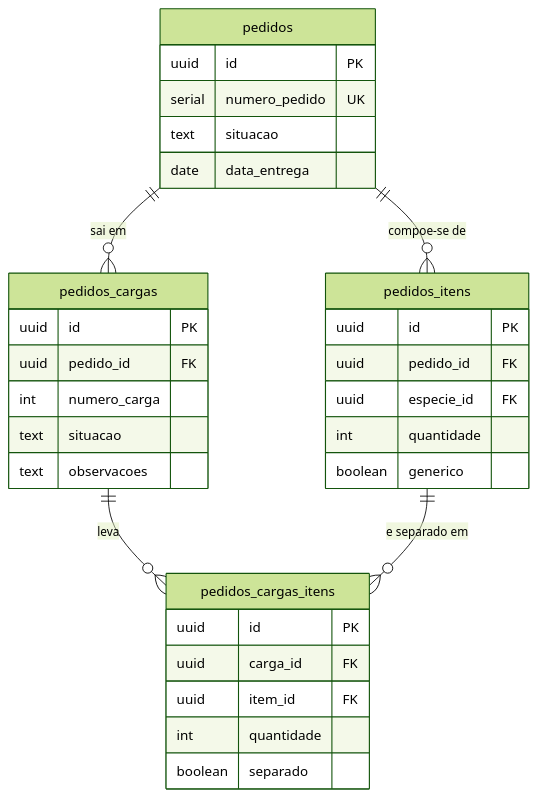
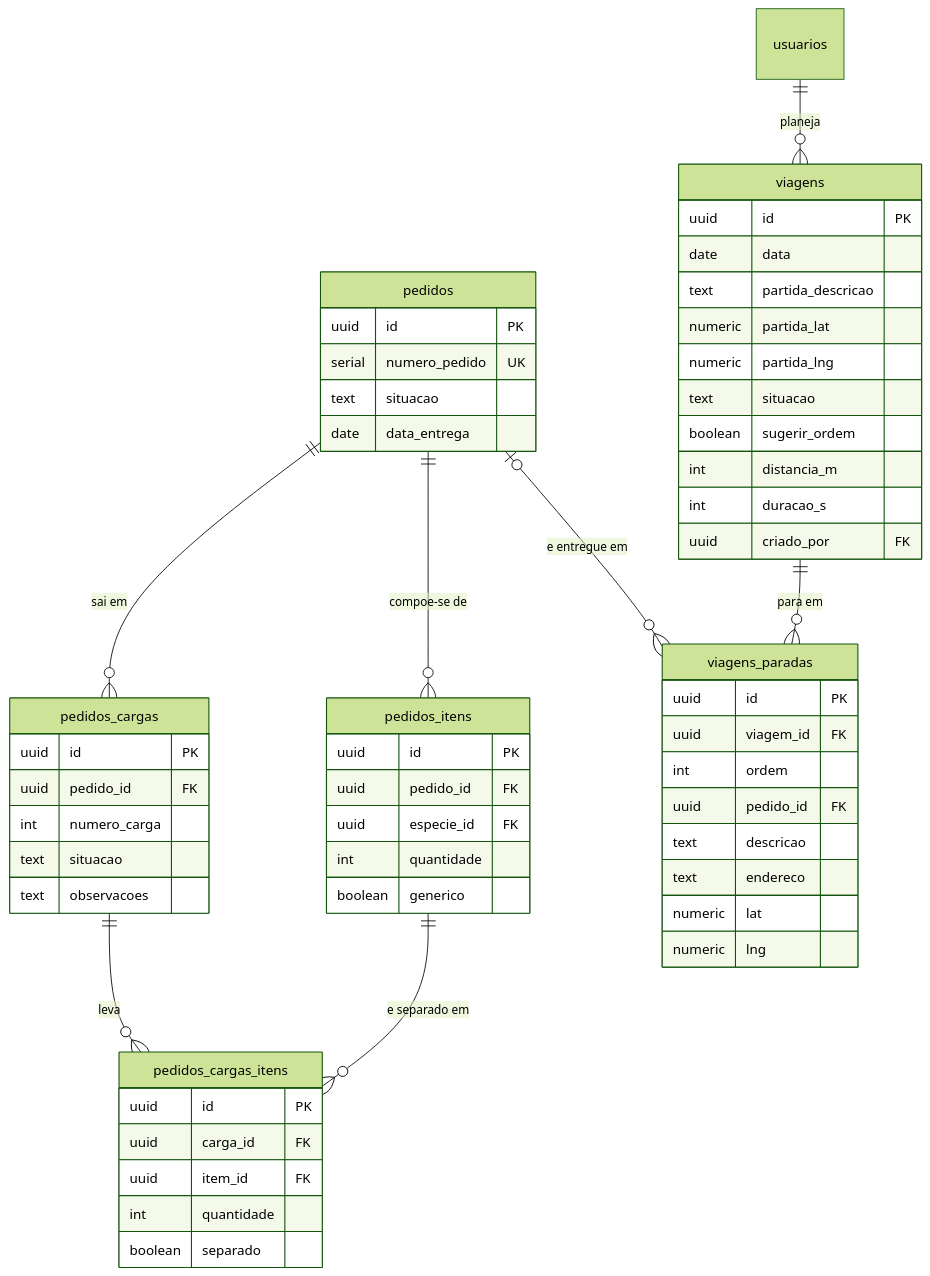
One commit to JoaoMudar/tcc changed the diagram in docs/engenharia/modelo-dados-pt/mmd/fig18-comercial-carga.mmd. Above: the diagram before and after it, drawn with Mermaid (forest theme). The commit also changed 25 other files, not shown here.

```diff
--- a/docs/engenharia/modelo-dados-pt/mmd/fig18-comercial-carga.mmd
+++ b/docs/engenharia/modelo-dados-pt/mmd/fig18-comercial-carga.mmd
@@ -1,33 +1,59 @@
 erDiagram
   pedidos {
     uuid   id PK
     serial numero_pedido UK
     text   situacao
     date   data_entrega
   }
   pedidos_itens {
     uuid id PK
     uuid pedido_id FK
     uuid especie_id FK
     int  quantidade
     boolean generico
   }
   pedidos_cargas {
     uuid id PK
     uuid pedido_id FK
     int  numero_carga
     text situacao
     text observacoes
   }
   pedidos_cargas_itens {
     uuid    id PK
     uuid    carga_id FK
     uuid    item_id FK
     int     quantidade
     boolean separado
   }
+  viagens {
+    uuid    id PK
+    date    data
+    text    partida_descricao
+    numeric partida_lat
+    numeric partida_lng
+    text    situacao
+    boolean sugerir_ordem
+    int     distancia_m
+    int     duracao_s
+    uuid    criado_por FK
+  }
+  viagens_paradas {
+    uuid    id PK
+    uuid    viagem_id FK
+    int     ordem
+    uuid    pedido_id FK
+    text    descricao
+    text    endereco
+    numeric lat
+    numeric lng
+  }
+  usuarios {}
 
   pedidos ||--o{ pedidos_cargas : "sai em"
   pedidos_cargas ||--o{ pedidos_cargas_itens : "leva"
   pedidos_itens ||--o{ pedidos_cargas_itens : "e separado em"
   pedidos ||--o{ pedidos_itens : "compoe-se de"
+  viagens ||--o{ viagens_paradas : "para em"
+  pedidos |o--o{ viagens_paradas : "e entregue em"
+  usuarios ||--o{ viagens : "planeja"
```
